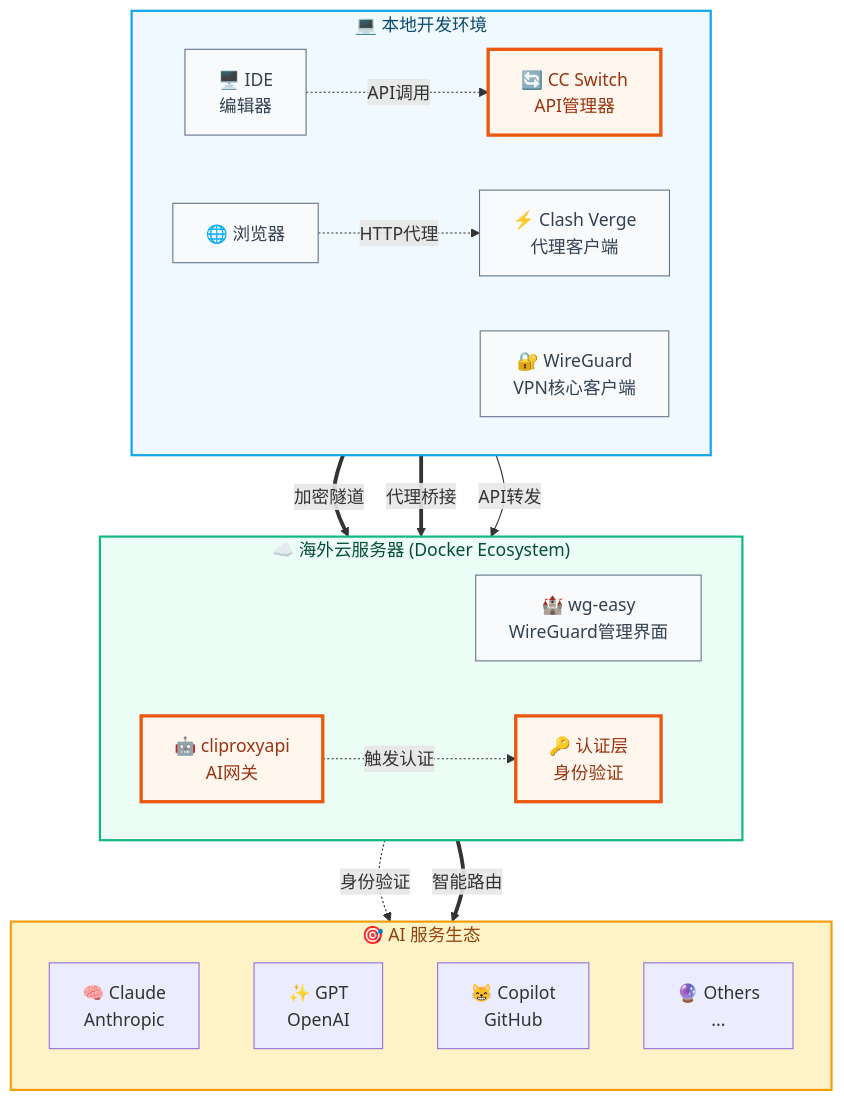
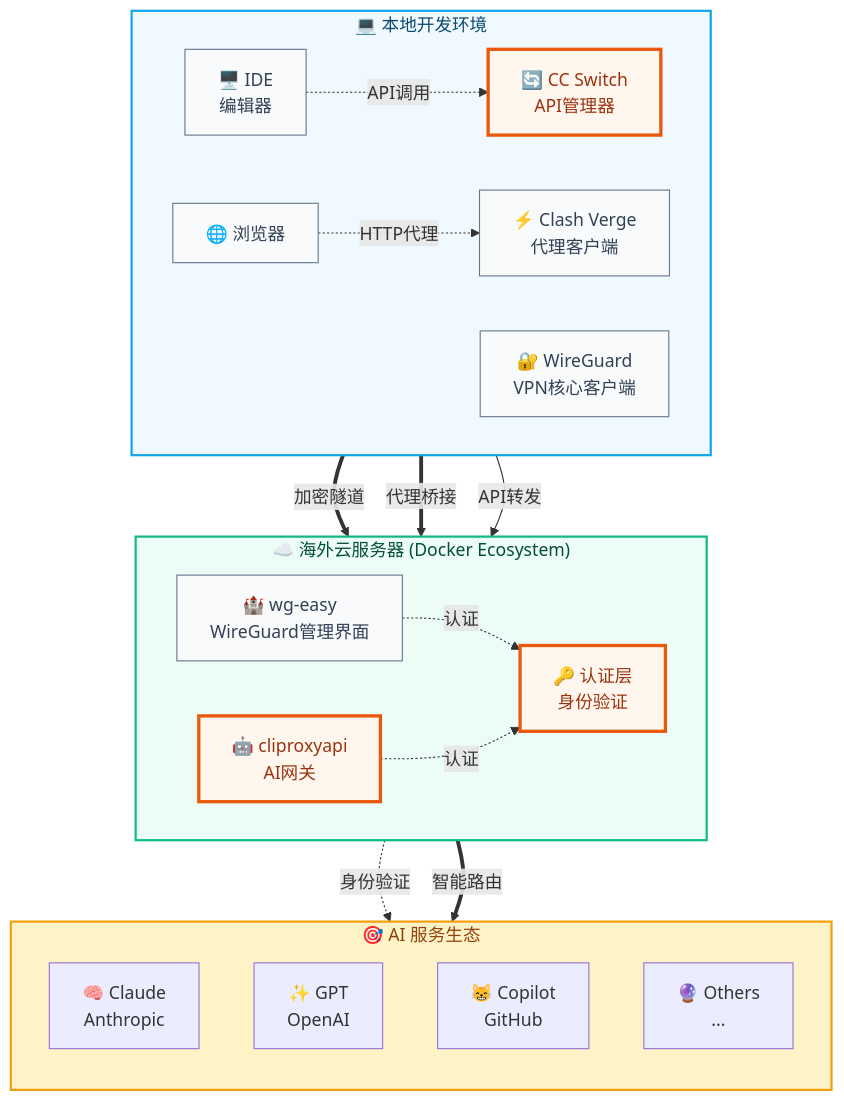
The diagram in docs/_posts/overseas-dev-environment.md (zhaofutao04/zblog), drawn with Mermaid before and after one commit. The commit also changed other lines of this file and 1 other file, not shown here.

````diff
--- a/docs/_posts/overseas-dev-environment.md
+++ b/docs/_posts/overseas-dev-environment.md
@@ -40,60 +40,61 @@
 ```mermaid
 flowchart TB
 
     %% ========== 本地开发环境 ==========
     subgraph Local["💻 本地开发环境"]
         direction LR
         IDE["🖥️ IDE<br/>编辑器"]
         Browser["🌐 浏览器"]
         CCSwitch["🔄 CC Switch<br/>API管理器"]
         Clash["⚡ Clash Verge<br/>代理客户端"]
         WGClient["🔐 WireGuard<br/>VPN核心客户端"]
     end
 
     %% ========== 海外云服务器 ==========
     subgraph Cloud["☁️ 海外云服务器 (Docker Ecosystem)"]
         direction LR
         WGServer["🏰 wg-easy<br/>WireGuard管理界面"]
         ApiGateway["🤖 cliproxyapi<br/>AI网关"]
         AuthLayer["🔑 认证层<br/>身份验证"]
     end
 
     %% ========== AI 服务生态 ==========
     subgraph AIEcosystem["🎯 AI 服务生态"]
         direction TB
         Claude["🧠 Claude<br/>Anthropic"]
         OpenAI["✨ GPT<br/>OpenAI"]
         Copilot["😸 Copilot<br/>GitHub"]
         Others["🔮 Others<br/>..."]
     end
 
     %% ========== 连接关系 ==========
     %% 开发层连接
     IDE -.->|API调用| CCSwitch
     Browser -.->|HTTP代理| Clash
 
     %% 网络层连接
     WGClient ==>|加密隧道| WGServer
     Clash ==>|代理桥接| WGServer
 
     %% 代理层连接
     CCSwitch -->|API转发| ApiGateway
-    ApiGateway -.->|触发认证| AuthLayer
+    WGServer -.->|认证| AuthLayer
+    ApiGateway -.->|认证| AuthLayer
 
     %% 服务层连接
     AuthLayer -.->|身份验证| AIEcosystem
     ApiGateway ==>|智能路由| AIEcosystem
 
     %% ========== 视觉样式 ==========
     classDef localStyle fill:#f0f9ff,stroke:#0ea5e9,stroke-width:2px,color:#0c4a6e
     classDef cloudStyle fill:#ecfdf5,stroke:#10b981,stroke-width:2px,color:#064e3b
     classDef aiStyle fill:#fef3c7,stroke:#f59e0b,stroke-width:2px,color:#92400e
     classDef coreComponent fill:#fff7ed,stroke:#ea580c,stroke-width:3px,color:#9a3412
     classDef devTool fill:#f8fafc,stroke:#64748b,stroke-width:1px,color:#334155
 
     class Local localStyle
     class Cloud cloudStyle
     class AIEcosystem aiStyle
     class CCSwitch,ApiGateway,AuthLayer coreComponent
     class IDE,Browser,Clash,WGClient,WGServer devTool
 ```
````
